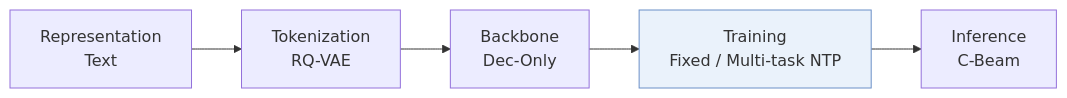
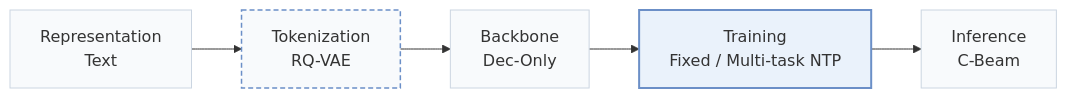
The first of 3 diagrams in pages/papers/lc-rec.md (Galaxy-ghost/Awesome-SID-Generative-Rec), drawn with Mermaid before and after one commit. The commit also changed other lines of this file and 649 other files, not shown here.

Commit message:
writer-05: also tags and modality index (schema, check, build, visuals); summary field removed; calibration data for 12 papers

````diff
--- a/pages/papers/lc-rec.md
+++ b/pages/papers/lc-rec.md
@@ -13,6 +15,10 @@
 ```mermaid
 flowchart LR
     R["Representation<br/>Text"] --> T["Tokenization<br/>RQ-VAE"] --> B["Backbone<br/>Dec-Only"] --> TR["Training<br/>Fixed / Multi-task NTP"] --> I["Inference<br/>C-Beam"]
-    classDef main fill:#eaf2fb,stroke:#6b8fc7
+    classDef base fill:#f8fafc,stroke:#cbd5e1
+    class R,T,B,TR,I base
+    classDef also fill:#f8fafc,stroke:#6b8fc7,stroke-width:1.5px,stroke-dasharray:5 3
+    class T also
+    classDef main fill:#eaf2fb,stroke:#6b8fc7,stroke-width:2px
     class TR main
 ```
````
